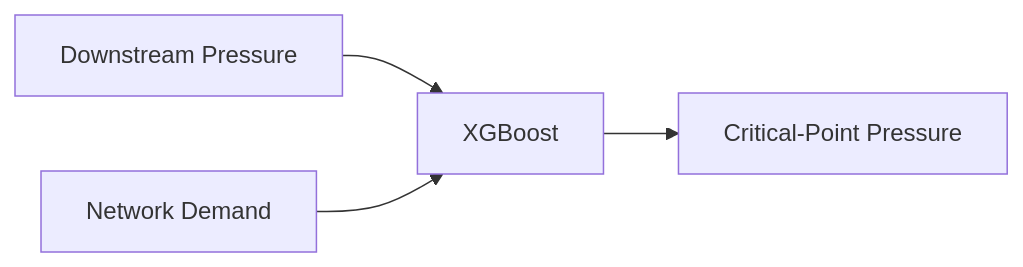
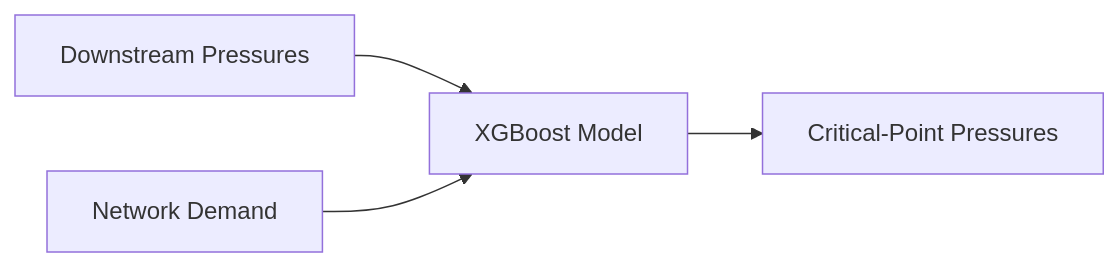
One commit to mahmmooudian/water-network-ai-analyzer changed the fifth of 9 diagrams in README.md. Above: the diagram before and after it, drawn with Mermaid. The commit also changed other lines of this file, not shown here.

````diff
--- a/README.md
+++ b/README.md
@@ -264,6 +257,6 @@
 ```mermaid
 flowchart LR
-    A[Downstream Pressure] --> C[XGBoost]
+    A[Downstream Pressures] --> C[XGBoost Model]
     B[Network Demand] --> C
-    C --> D[Critical-Point Pressure]
+    C --> D[Critical-Point Pressures]
 ```
````
